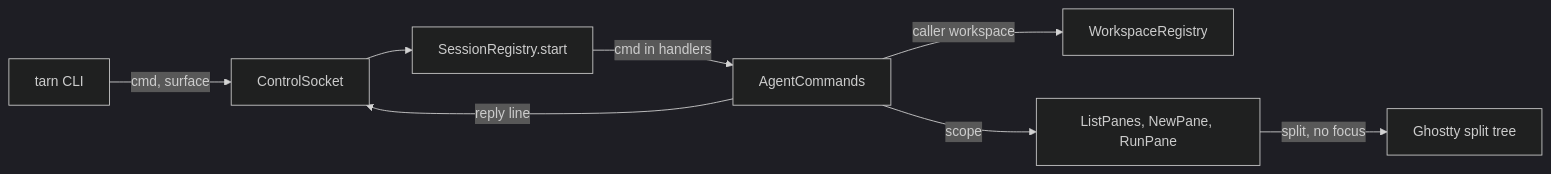
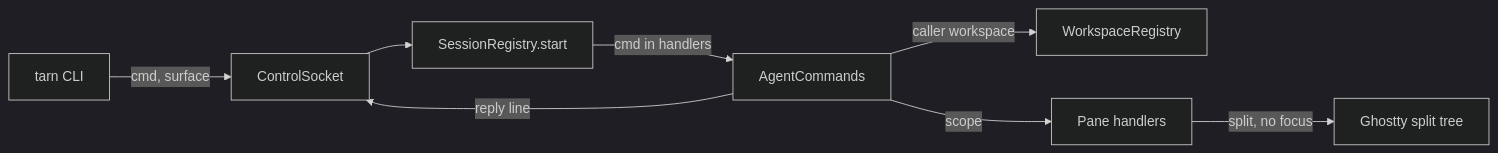
The diagram in docs/modules/agent-commands.md (daniil4545/tarn), drawn with Mermaid (dark theme) before and after one commit. The commit also changed other lines of this file and 12 other files, not shown here.

````diff
--- a/docs/modules/agent-commands.md
+++ b/docs/modules/agent-commands.md
@@ -9,10 +9,10 @@
 ```mermaid
 flowchart LR
   cli["tarn CLI"] -->|"cmd, surface"| sock["ControlSocket"]
   sock --> reg["SessionRegistry.start"]
   reg -->|"cmd in handlers"| cmds["AgentCommands"]
   cmds -->|"caller workspace"| ws["WorkspaceRegistry"]
-  cmds -->|"scope"| handler["ListPanes, NewPane, RunPane"]
+  cmds -->|"scope"| handler["Pane handlers"]
   handler -->|"split, no focus"| tree["Ghostty split tree"]
   cmds -->|"reply line"| sock
 ```
````
